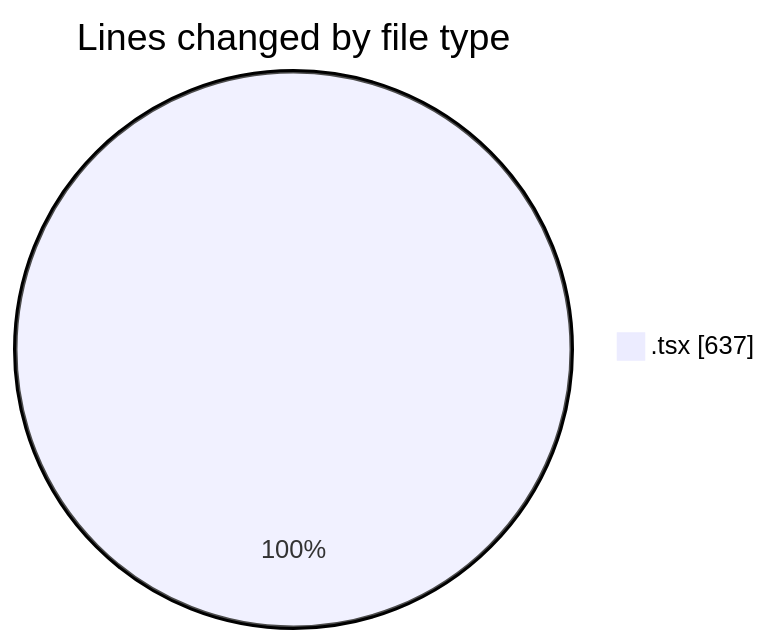
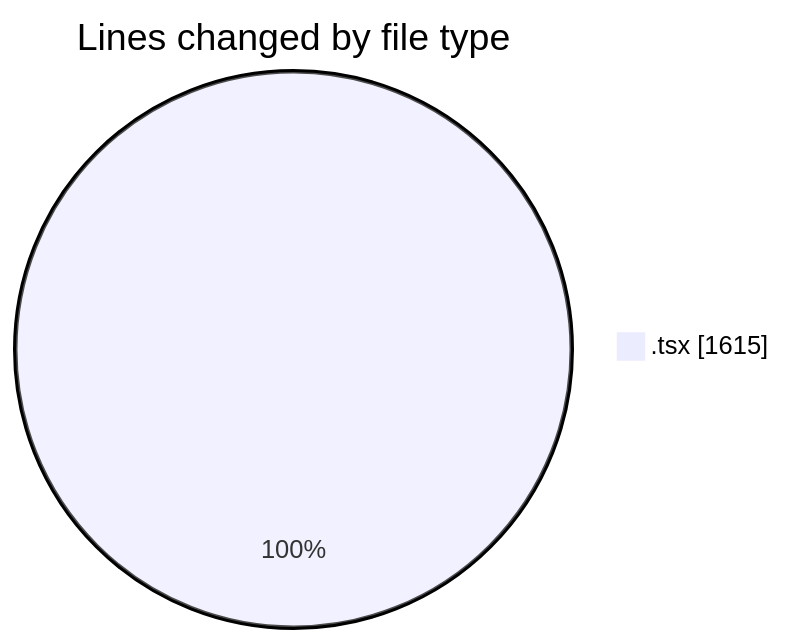
Before and after one commit to momahboobian/code-tracking: the first of 2 diagrams in 2025-11-11/cda/README.md, drawn with Mermaid. The commit also changed other lines of this file and 1 other file, not shown here.

````diff
--- a/2025-11-11/cda/README.md
+++ b/2025-11-11/cda/README.md
@@ -22,5 +23,5 @@
 ```mermaid
 pie showData
 title Lines changed by file type
-".tsx" : 637
+".tsx" : 1615
 ```
````
